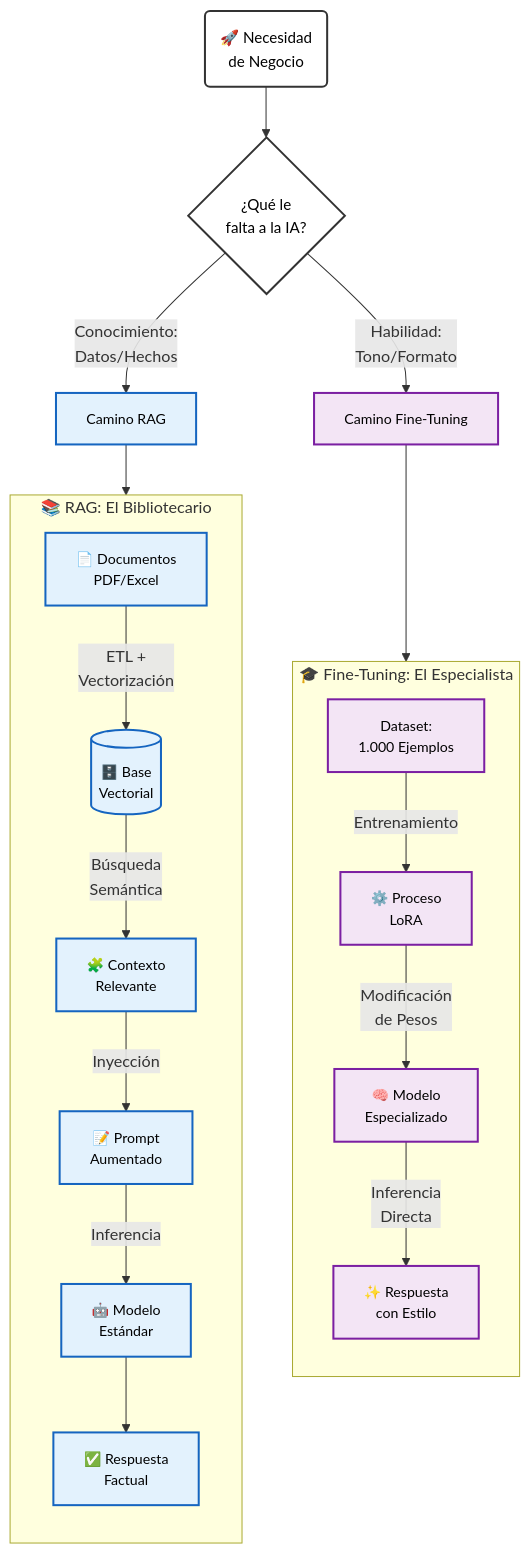
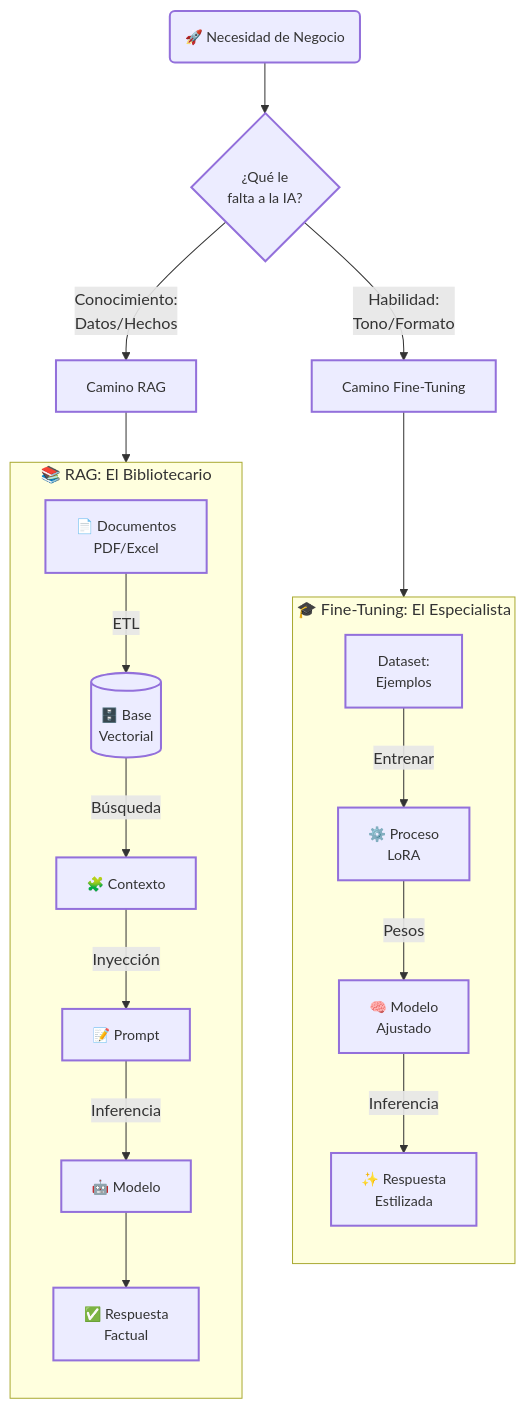
Before and after one commit to jccarvajal/Arquitectura-IA: the diagram in docs/guias/07-Fine-Tuning.md, drawn with Mermaid.

````diff
--- a/docs/guias/07-Fine-Tuning.md
+++ b/docs/guias/07-Fine-Tuning.md
@@ -24,42 +24,29 @@
 ```mermaid
 graph TD
-    %% ESTILOS (Con ajuste de FUENTE y RELLENO)
-    classDef base fill:#ffffff,stroke:#333,stroke-width:2px,color:#000,font-size:15px;
-    classDef blue fill:#e3f2fd,stroke:#1565c0,stroke-width:2px,color:#000,font-size:14px;
-    classDef purple fill:#f3e5f5,stroke:#7b1fa2,stroke-width:2px,color:#000,font-size:14px;
+    %% CONFIGURACIÓN MAESTRA
+    classDef default font-size:14px,stroke-width:2px;
 
-    %% 1. EL PROBLEMA (Usando paréntesis para bordes redondeados, no pastilla)
-    Start(🚀 Necesidad<br/>de Negocio) --> Decision{¿Qué le<br/>falta a la IA?}
-    class Start,Decision base;
+    Start(🚀 Necesidad de Negocio) --> Decision{¿Qué le<br/>falta a la IA?}
 
-    %% 2. RAMIFICACIÓN
     Decision -->|Conocimiento:<br/>Datos/Hechos| NodeRAG[Camino RAG]
     Decision -->|Habilidad:<br/>Tono/Formato| NodeFT[Camino Fine-Tuning]
-    class NodeRAG blue;
-    class NodeFT purple;
 
-    %% 3. ARQUITECTURA RAG
     subgraph RAG_BOX [📚 RAG: El Bibliotecario]
         direction TB
-        Doc[📄 Documentos<br/>PDF/Excel] -->|ETL +<br/>Vectorización| DB[(🗄️ Base<br/>Vectorial)]
-        DB -->|Búsqueda<br/>Semántica| Context[🧩 Contexto<br/>Relevante]
-        Context -->|Inyección| Prompt[📝 Prompt<br/>Aumentado]
-        Prompt -->|Inferencia| Model1[🤖 Modelo<br/>Estándar]
+        Doc[📄 Documentos<br/>PDF/Excel] -->|ETL| DB[(🗄️ Base<br/>Vectorial)]
+        DB -->|Búsqueda| Context[🧩 Contexto]
+        Context -->|Inyección| Prompt[📝 Prompt]
+        Prompt -->|Inferencia| Model1[🤖 Modelo]
         Model1 --> Res1[✅ Respuesta<br/>Factual]
     end
 
-    %% 4. ARQUITECTURA FINE-TUNING
     subgraph FT_BOX [🎓 Fine-Tuning: El Especialista]
         direction TB
-        Data[Dataset:<br/>1.000 Ejemplos] -->|Entrenamiento| Train[⚙️ Proceso<br/>LoRA]
-        Train -->|Modificación<br/>de Pesos| Model2[🧠 Modelo<br/>Especializado]
-        Model2 -->|Inferencia<br/>Directa| Res2[✨ Respuesta<br/>con Estilo]
+        Data[Dataset:<br/>Ejemplos] -->|Entrenar| Train[⚙️ Proceso<br/>LoRA]
+        Train -->|Pesos| Model2[🧠 Modelo<br/>Ajustado]
+        Model2 -->|Inferencia| Res2[✨ Respuesta<br/>Estilizada]
     end
 
-    %% CONEXIONES
     NodeRAG --> RAG_BOX
     NodeFT --> FT_BOX
-
-    class Doc,DB,Context,Prompt,Model1,Res1 blue;
-    class Data,Train,Model2,Res2 purple;
 ```
````
